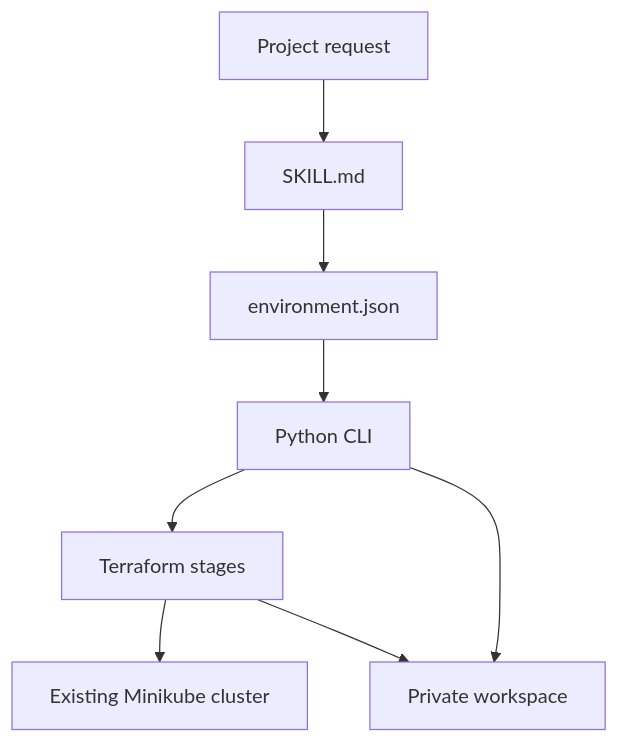
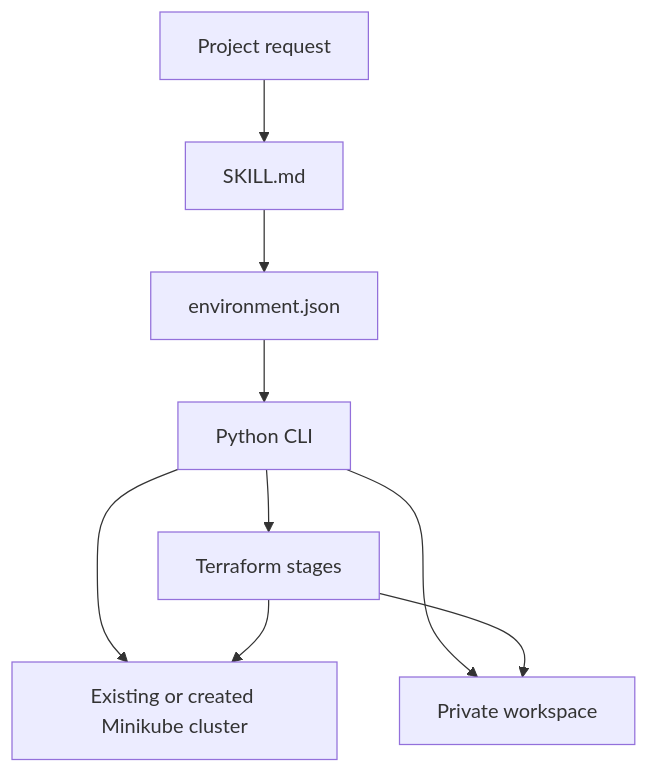
The diagram in README.md (GodfreyLyu/local-k8s-platform), drawn with Mermaid before and after one commit. The commit also changed other lines of this file and 10 other files, not shown here.

````diff
--- a/README.md
+++ b/README.md
@@ -48,10 +49,11 @@
 ```mermaid
 flowchart TD
     request["Project request"] --> skill["SKILL.md"]
     skill --> config["environment.json"]
     config --> cli["Python CLI"]
     cli --> stages["Terraform stages"]
-    stages --> cluster["Existing Minikube cluster"]
+    cli --> cluster["Existing or created Minikube cluster"]
+    stages --> cluster
     cli --> workspace["Private workspace"]
     stages --> workspace
 ```
````
